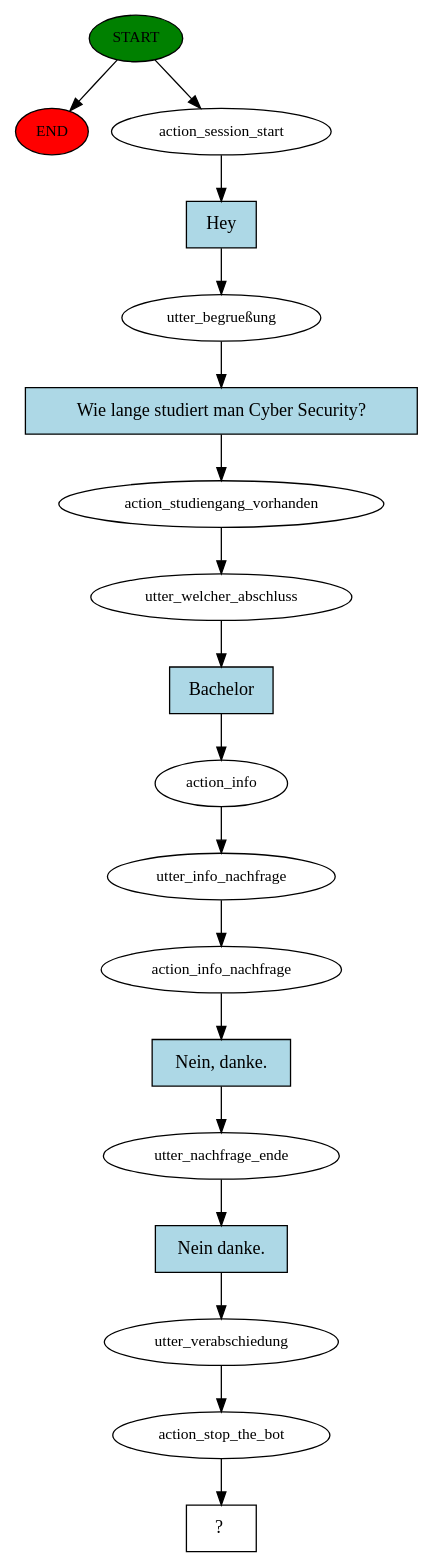
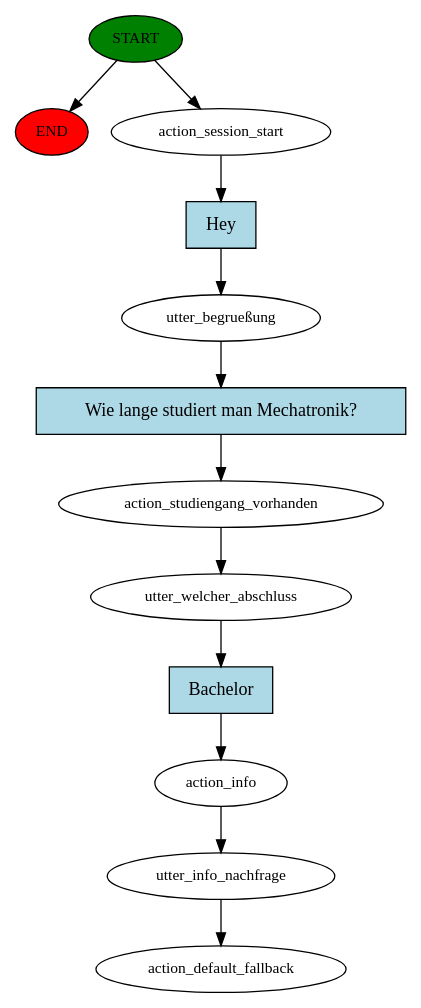
The diagram in story_graph.dot (phillipgraf/Luetke), drawn with Graphviz before and after one commit. The commit also changed 12 other files, not shown here.

```diff
--- a/story_graph.dot
+++ b/story_graph.dot
@@ -1,37 +1,25 @@
 digraph  {
 0 [class="start active", fillcolor=green, fontsize=12, label=START, style=filled];
 "-1" [class=end, fillcolor=red, fontsize=12, label=END, style=filled];
 1 [class=active, fontsize=12, label=action_session_start];
 2 [class=active, fontsize=12, label="utter_begrueßung"];
 3 [class=active, fontsize=12, label=action_studiengang_vorhanden];
 4 [class=active, fontsize=12, label=utter_welcher_abschluss];
 5 [class=active, fontsize=12, label=action_info];
 6 [class=active, fontsize=12, label=utter_info_nachfrage];
-7 [class=active, fontsize=12, label=action_info_nachfrage];
-8 [class=active, fontsize=12, label=utter_nachfrage_ende];
-9 [class=active, fontsize=12, label=utter_verabschiedung];
-10 [class=active, fontsize=12, label=action_stop_the_bot];
-11 [class="intent dashed active", label="  ?  ", shape=rect];
-12 [class="intent active", fillcolor=lightblue, label=Hey, shape=rect, style=filled];
-13 [class="intent active", fillcolor=lightblue, label="Wie lange studiert man Cyber Security?", shape=rect, style=filled];
-14 [class="intent active", fillcolor=lightblue, label=Bachelor, shape=rect, style=filled];
-15 [class="intent active", fillcolor=lightblue, label="Nein, danke.", shape=rect, style=filled];
-16 [class="intent active", fillcolor=lightblue, label="Nein danke.", shape=rect, style=filled];
+7 [class="dashed active", fontsize=12, label=action_default_fallback];
+8 [class="intent active", fillcolor=lightblue, label=Hey, shape=rect, style=filled];
+9 [class="intent active", fillcolor=lightblue, label="Wie lange studiert man Mechatronik?", shape=rect, style=filled];
+10 [class="intent active", fillcolor=lightblue, label=Bachelor, shape=rect, style=filled];
 0 -> "-1"  [class="", key=NONE, label=""];
 0 -> 1  [class=active, key=NONE, label=""];
-1 -> 12  [class=active, key=0];
-2 -> 13  [class=active, key=0];
+1 -> 8  [class=active, key=0];
+2 -> 9  [class=active, key=0];
 3 -> 4  [class=active, key=NONE, label=""];
-4 -> 14  [class=active, key=0];
+4 -> 10  [class=active, key=0];
 5 -> 6  [class=active, key=NONE, label=""];
 6 -> 7  [class=active, key=NONE, label=""];
-7 -> 15  [class=active, key=0];
-8 -> 16  [class=active, key=0];
-9 -> 10  [class=active, key=NONE, label=""];
-10 -> 11  [class=active, key=NONE, label=""];
-12 -> 2  [class=active, key=0];
-13 -> 3  [class=active, key=0];
-14 -> 5  [class=active, key=0];
-15 -> 8  [class=active, key=0];
-16 -> 9  [class=active, key=0];
+8 -> 2  [class=active, key=0];
+9 -> 3  [class=active, key=0];
+10 -> 5  [class=active, key=0];
 }
```
